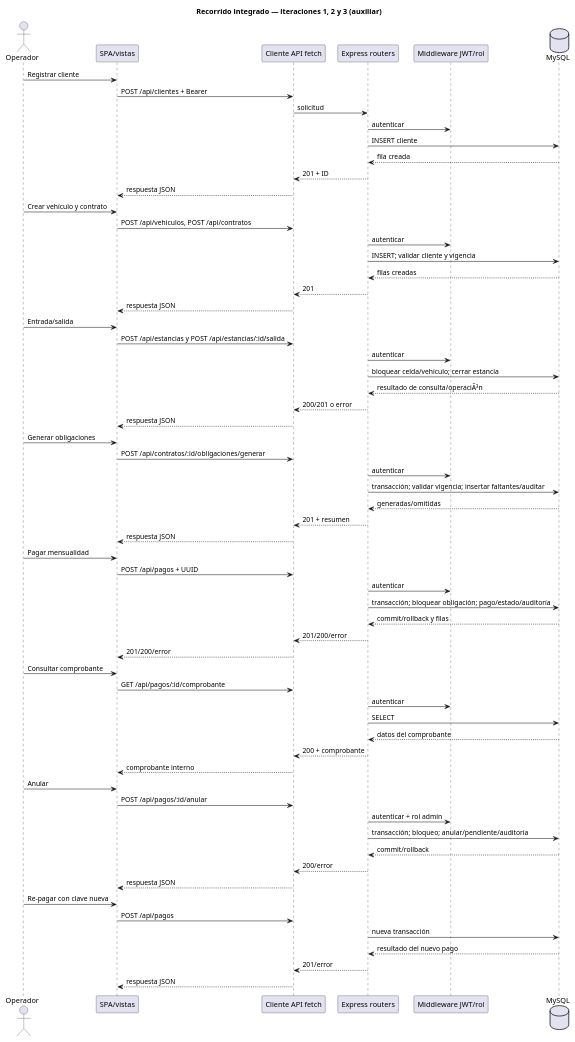
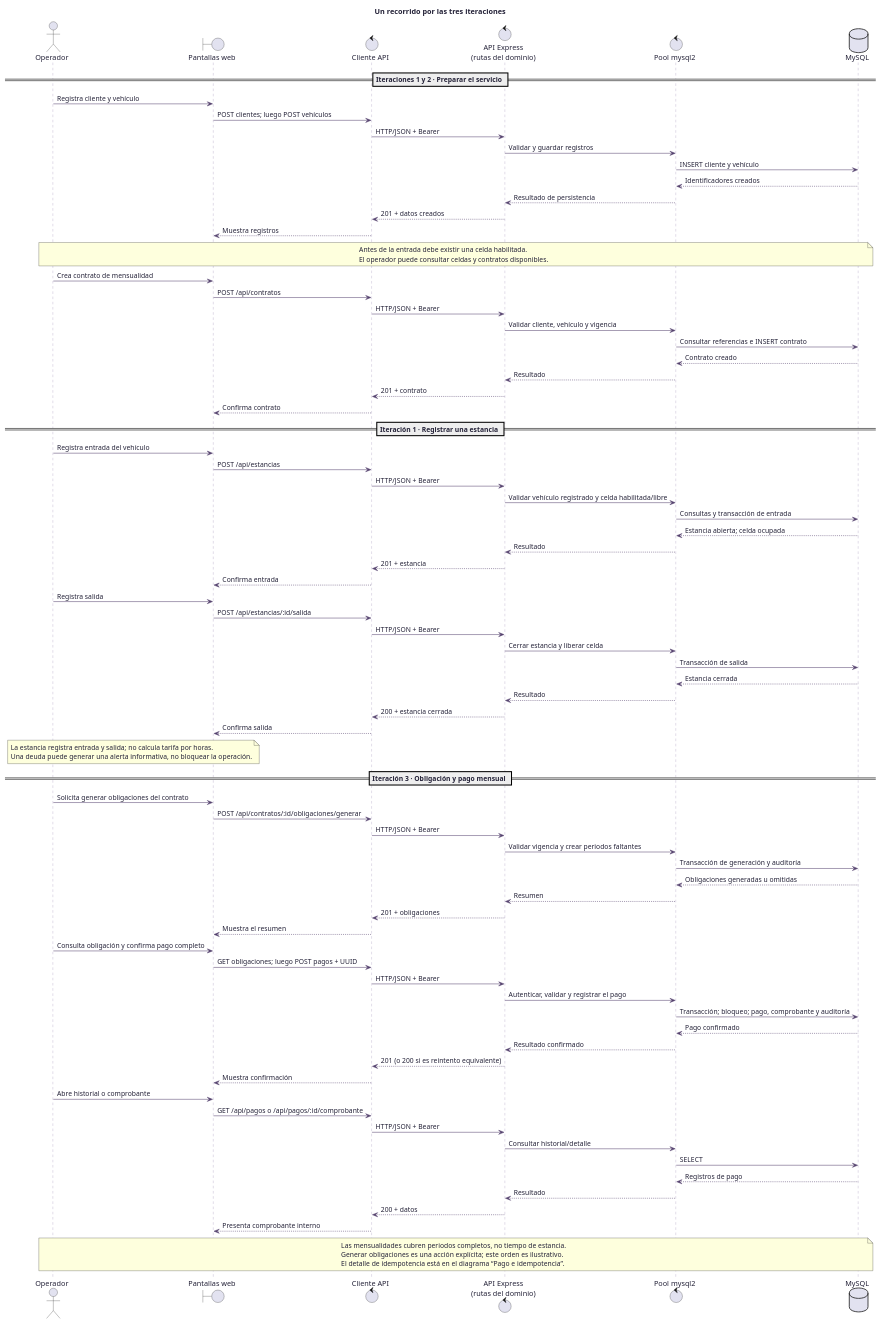
One commit to brayandurango-lgtm/Disenio-de-sistema-de-informacion-iteracion-tres changed the diagram in full stack/docs/entrega-iteracion-3/diagramas/modelos-editables/secuencia-integrada-tres-iteraciones.puml. Above: the diagram before and after it, drawn with PlantUML. The commit also changed 6 other files, not shown here.

Commit message:
Actualizacion en los diagramas

```diff
--- a/full stack/docs/entrega-iteracion-3/diagramas/modelos-editables/secuencia-integrada-tres-iteraciones.puml
+++ b/full stack/docs/entrega-iteracion-3/diagramas/modelos-editables/secuencia-integrada-tres-iteraciones.puml
@@ -1,65 +1,110 @@
 @startuml
-title Recorrido integrado — iteraciones 1, 2 y 3 (auxiliar)
-actor Operador as O
-participant "SPA/vistas" as FE
-participant "Cliente API fetch" as API
-participant "Express routers" as R
-participant "Middleware JWT/rol" as M
+skinparam backgroundColor #FFFFFF
+skinparam defaultFontColor #242238
+skinparam shadowing false
+skinparam sequence {
+  ArrowColor #55436F
+  LifeLineBorderColor #8C79A8
+  LifeLineBackgroundColor #F5F1FF
+  ParticipantBorderColor #7653A6
+  ParticipantBackgroundColor #F5F1FF
+  GroupBorderColor #9B83BD
+  GroupBackgroundColor #FBF9FF
+}
+title Un recorrido por las tres iteraciones
+actor Operador as Op
+boundary "Pantallas web" as UI
+control "Cliente API" as Client
+control "API Express\n(rutas del dominio)" as API
+control "Pool mysql2" as Pool
 database MySQL as DB
-O -> FE: Registrar cliente
-FE -> API: POST /api/clientes + Bearer
-API -> R: solicitud
-R -> M: autenticar
-R -> DB: INSERT cliente
-DB --> R: fila creada
-R --> API: 201 + ID
-API --> FE: respuesta JSON
-O -> FE: Crear vehículo y contrato
-FE -> API: POST /api/vehiculos, POST /api/contratos
-R -> M: autenticar
-R -> DB: INSERT; validar cliente y vigencia
-DB --> R: filas creadas
-R --> API: 201
-API --> FE: respuesta JSON
-O -> FE: Entrada/salida
-FE -> API: POST /api/estancias y POST /api/estancias/:id/salida
-R -> M: autenticar
-R -> DB: bloquear celda/vehículo; cerrar estancia
-DB --> R: resultado de consulta/operaciÃ³n
-R --> API: 200/201 o error
-API --> FE: respuesta JSON
-O -> FE: Generar obligaciones
-FE -> API: POST /api/contratos/:id/obligaciones/generar
-R -> M: autenticar
-R -> DB: transacción; validar vigencia; insertar faltantes/auditar
-DB --> R: generadas/omitidas
-R --> API: 201 + resumen
-API --> FE: respuesta JSON
-O -> FE: Pagar mensualidad
-FE -> API: POST /api/pagos + UUID
-R -> M: autenticar
-R -> DB: transacción; bloquear obligación; pago/estado/auditoría
-DB --> R: commit/rollback y filas
-R --> API: 201/200/error
-API --> FE: 201/200/error
-O -> FE: Consultar comprobante
-FE -> API: GET /api/pagos/:id/comprobante
-R -> M: autenticar
-R -> DB: SELECT
-DB --> R: datos del comprobante
-R --> API: 200 + comprobante
-API --> FE: comprobante interno
-O -> FE: Anular
-FE -> API: POST /api/pagos/:id/anular
-R -> M: autenticar + rol admin
-R -> DB: transacción; bloqueo; anular/pendiente/auditoría
-DB --> R: commit/rollback
-R --> API: 200/error
-API --> FE: respuesta JSON
-O -> FE: Re-pagar con clave nueva
-FE -> API: POST /api/pagos
-R -> DB: nueva transacción
-DB --> R: resultado del nuevo pago
-R --> API: 201/error
-API --> FE: respuesta JSON
+
+== Iteraciones 1 y 2 · Preparar el servicio ==
+Op -> UI: Registra cliente y vehículo
+UI -> Client: POST clientes; luego POST vehículos
+Client -> API: HTTP/JSON + Bearer
+API -> Pool: Validar y guardar registros
+Pool -> DB: INSERT cliente y vehículo
+DB --> Pool: Identificadores creados
+Pool --> API: Resultado de persistencia
+API --> Client: 201 + datos creados
+Client --> UI: Muestra registros
+
+note over Op,DB
+Antes de la entrada debe existir una celda habilitada.
+El operador puede consultar celdas y contratos disponibles.
+end note
+
+Op -> UI: Crea contrato de mensualidad
+UI -> Client: POST /api/contratos
+Client -> API: HTTP/JSON + Bearer
+API -> Pool: Validar cliente, vehículo y vigencia
+Pool -> DB: Consultar referencias e INSERT contrato
+DB --> Pool: Contrato creado
+Pool --> API: Resultado
+API --> Client: 201 + contrato
+Client --> UI: Confirma contrato
+
+== Iteración 1 · Registrar una estancia ==
+Op -> UI: Registra entrada del vehículo
+UI -> Client: POST /api/estancias
+Client -> API: HTTP/JSON + Bearer
+API -> Pool: Validar vehículo registrado y celda habilitada/libre
+Pool -> DB: Consultas y transacción de entrada
+DB --> Pool: Estancia abierta; celda ocupada
+Pool --> API: Resultado
+API --> Client: 201 + estancia
+Client --> UI: Confirma entrada
+
+Op -> UI: Registra salida
+UI -> Client: POST /api/estancias/:id/salida
+Client -> API: HTTP/JSON + Bearer
+API -> Pool: Cerrar estancia y liberar celda
+Pool -> DB: Transacción de salida
+DB --> Pool: Estancia cerrada
+Pool --> API: Resultado
+API --> Client: 200 + estancia cerrada
+Client --> UI: Confirma salida
+
+note over Op,UI
+La estancia registra entrada y salida; no calcula tarifa por horas.
+Una deuda puede generar una alerta informativa, no bloquear la operación.
+end note
+
+== Iteración 3 · Obligación y pago mensual ==
+Op -> UI: Solicita generar obligaciones del contrato
+UI -> Client: POST /api/contratos/:id/obligaciones/generar
+Client -> API: HTTP/JSON + Bearer
+API -> Pool: Validar vigencia y crear periodos faltantes
+Pool -> DB: Transacción de generación y auditoría
+DB --> Pool: Obligaciones generadas u omitidas
+Pool --> API: Resumen
+API --> Client: 201 + obligaciones
+Client --> UI: Muestra el resumen
+
+Op -> UI: Consulta obligación y confirma pago completo
+UI -> Client: GET obligaciones; luego POST pagos + UUID
+Client -> API: HTTP/JSON + Bearer
+API -> Pool: Autenticar, validar y registrar el pago
+Pool -> DB: Transacción; bloqueo; pago, comprobante y auditoría
+DB --> Pool: Pago confirmado
+Pool --> API: Resultado confirmado
+API --> Client: 201 (o 200 si es reintento equivalente)
+Client --> UI: Muestra confirmación
+
+Op -> UI: Abre historial o comprobante
+UI -> Client: GET /api/pagos o /api/pagos/:id/comprobante
+Client -> API: HTTP/JSON + Bearer
+API -> Pool: Consultar historial/detalle
+Pool -> DB: SELECT
+DB --> Pool: Registros de pago
+Pool --> API: Resultado
+API --> Client: 200 + datos
+Client --> UI: Presenta comprobante interno
+
+note over Op,DB
+Las mensualidades cubren periodos completos, no tiempo de estancia.
+Generar obligaciones es una acción explícita; este orden es ilustrativo.
+El detalle de idempotencia está en el diagrama “Pago e idempotencia”.
+end note
 @enduml
```
